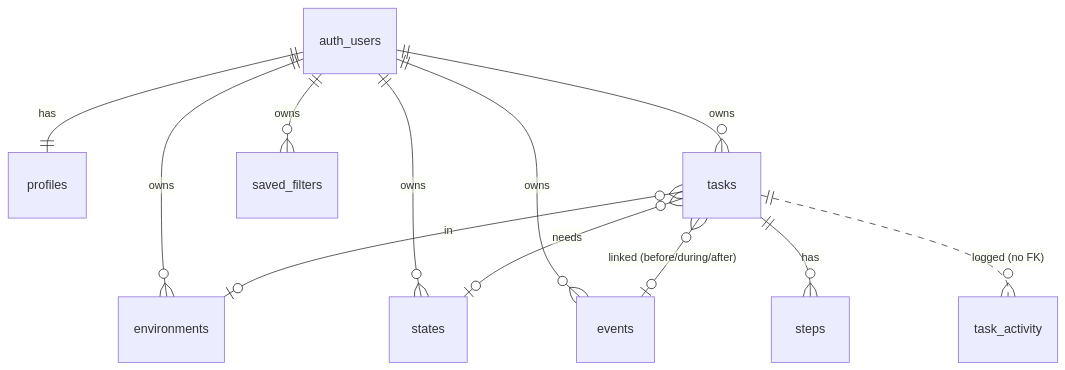
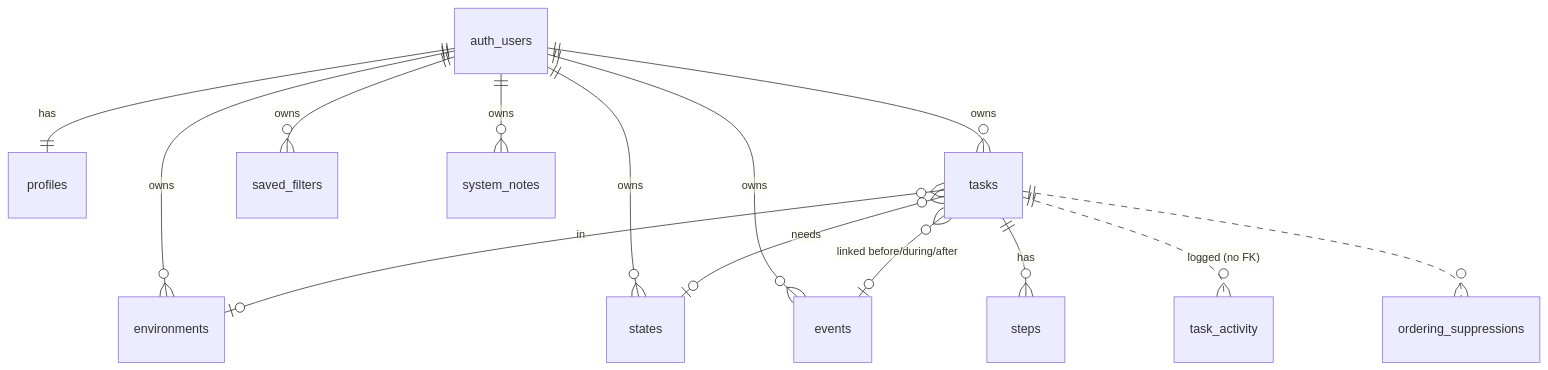
The diagram in PLAN.md (AE-CuriousSolver/Horizon), drawn with Mermaid before and after one commit. The commit also changed other lines of this file and 1 other file, not shown here.

````diff
--- a/PLAN.md
+++ b/PLAN.md
@@ -58,14 +145,16 @@
 ```mermaid
 erDiagram
   auth_users ||--|| profiles : has
   auth_users ||--o{ environments : owns
   auth_users ||--o{ states : owns
   auth_users ||--o{ events : owns
   auth_users ||--o{ tasks : owns
   auth_users ||--o{ saved_filters : owns
+  auth_users ||--o{ system_notes : owns
   tasks ||--o{ steps : has
-  tasks }o--o| events : "linked (before/during/after)"
+  tasks }o--o| events : "linked before/during/after"
   tasks }o--o| environments : in
   tasks }o--o| states : needs
   tasks ||..o{ task_activity : "logged (no FK)"
+  tasks ||..o{ ordering_suppressions : ""
 ```
````
